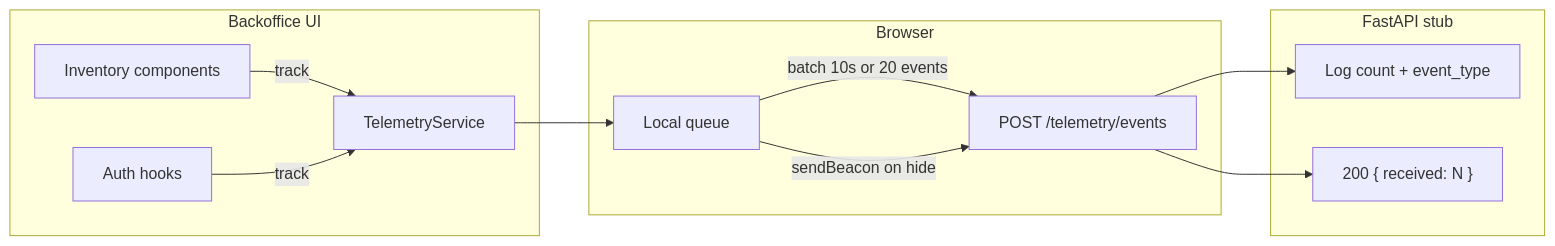
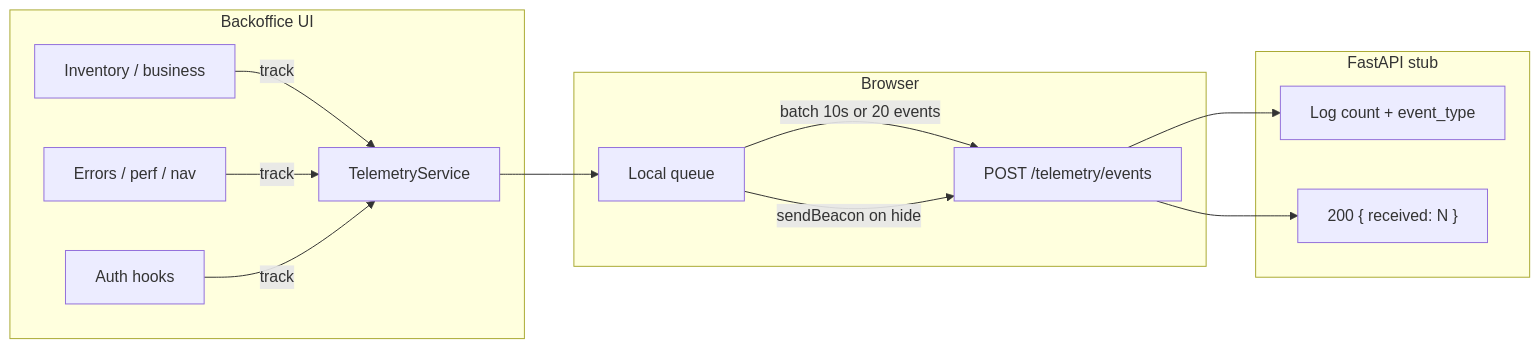
One commit to 4GeeksAcademy/ai-engineering-syllabus changed the diagram in content/projects/ai-eng-telemetry-capture/.learn/solution/README.md. Above: the diagram before and after it, drawn with Mermaid. The commit also changed other lines of this file and 89 other files, not shown here.

````diff
--- a/content/projects/ai-eng-telemetry-capture/.learn/solution/README.md
+++ b/content/projects/ai-eng-telemetry-capture/.learn/solution/README.md
@@ -27,21 +29,23 @@
 ```mermaid
 flowchart LR
   subgraph backoffice [Backoffice UI]
-    INV[Inventory components]
+    INV[Inventory / business]
+    TECH[Errors / perf / nav]
     AUTH[Auth hooks]
     TS[TelemetryService]
     INV -->|track| TS
+    TECH -->|track| TS
     AUTH -->|track| TS
   end
   subgraph browser [Browser]
     Q[Local queue]
     TS --> Q
     Q -->|batch 10s or 20 events| API
     Q -->|sendBeacon on hide| API
   end
   subgraph backend [FastAPI stub]
     API[POST /telemetry/events]
     API --> LOG[Log count + event_type]
     API --> R200["200 { received: N }"]
   end
 ```
````
